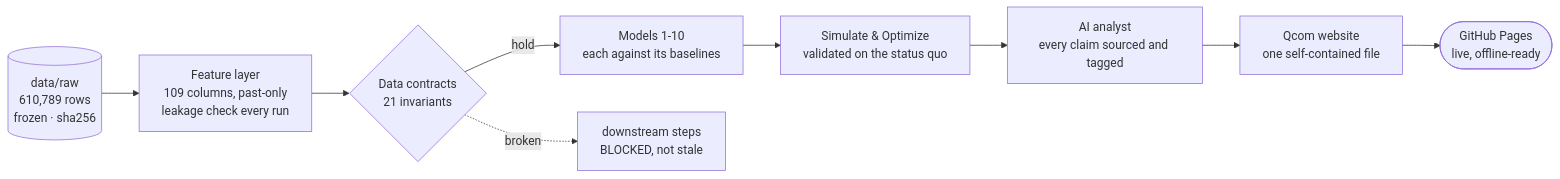
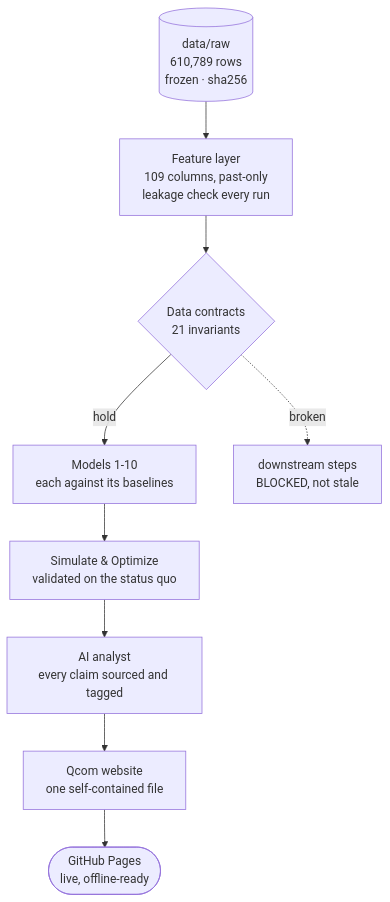
One commit to Deepak17kb/quickcommerce-mi changed the diagram in README.md. Above: the diagram before and after it, drawn with Mermaid. The commit also changed 1 other file, not shown here.

Commit message:
README: vertical pipeline diagram; banner subtitle no longer runs under the price board

````diff
--- a/README.md
+++ b/README.md
@@ -174,11 +174,11 @@
 ```mermaid
-flowchart LR
+flowchart TB
     raw[("data/raw<br/>610,789 rows<br/>frozen · sha256")] --> feat["Feature layer<br/>109 columns, past-only<br/>leakage check every run"]
     feat --> gate{"Data contracts<br/>21 invariants"}
     gate -- hold --> models["Models 1-10<br/>each against its baselines"]
     gate -. broken .-> stop["downstream steps<br/>BLOCKED, not stale"]
     models --> sim["Simulate & Optimize<br/>validated on the status quo"]
     sim --> analyst["AI analyst<br/>every claim sourced and tagged"]
     analyst --> site["Qcom website<br/>one self-contained file"]
     site --> pages(["GitHub Pages<br/>live, offline-ready"])
 ```
````
